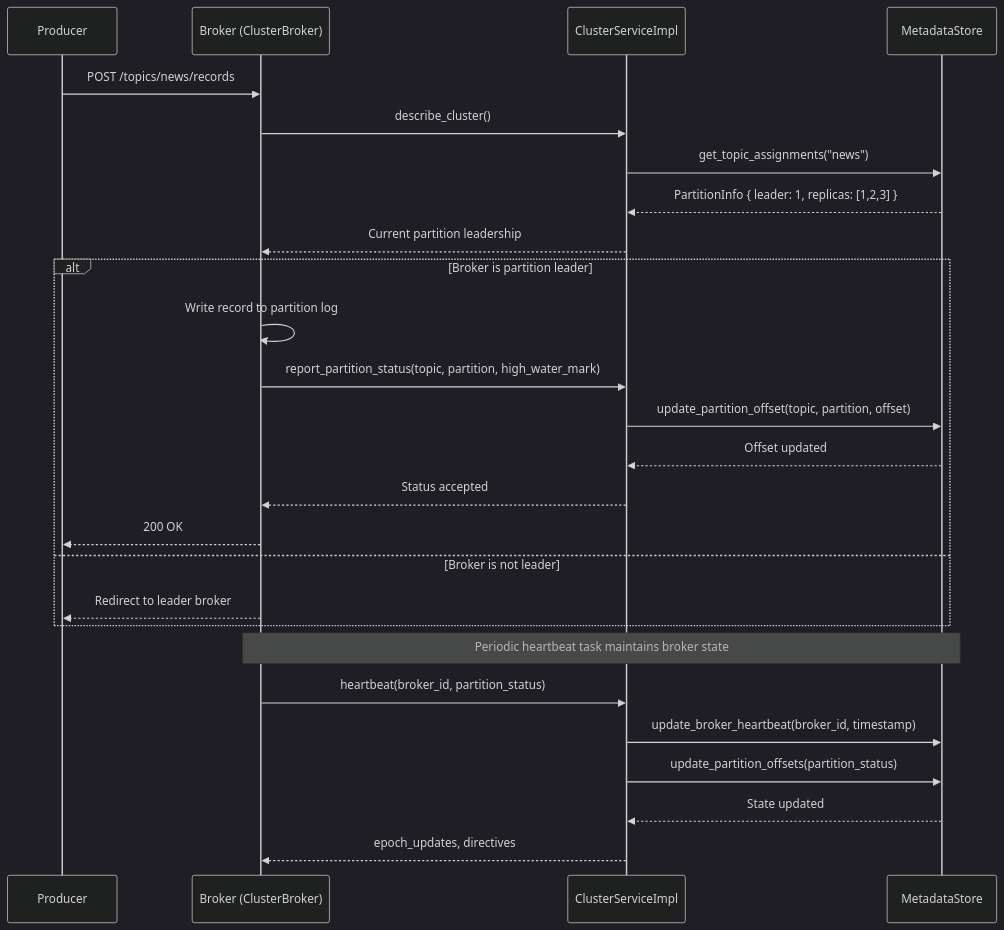
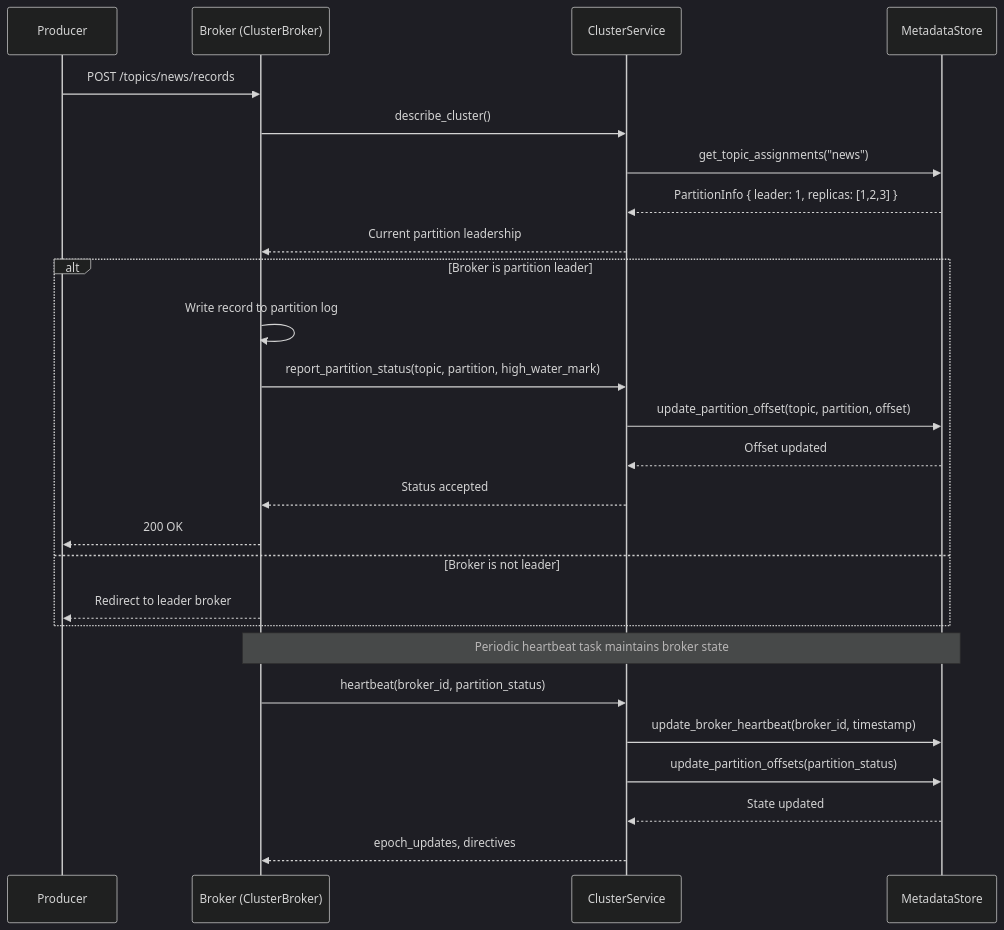
One commit to harshitmahapatra/flashq changed the second of 4 diagrams in crates/flashq-cluster/README.md. Above: the diagram before and after it, drawn with Mermaid (dark theme). The commit also changed other lines of this file and 2 other files, not shown here.

First line of the commit message:
Use ClusterService trait instead of concrete type in flashq-grpc

````diff
--- a/crates/flashq-cluster/README.md
+++ b/crates/flashq-cluster/README.md
@@ -72,31 +73,31 @@
 ```mermaid
 sequenceDiagram
     participant Producer as Producer
     participant Broker as Broker (ClusterBroker)
-    participant CSI as ClusterServiceImpl
+    participant CS as ClusterService
     participant MS as MetadataStore
 
     Producer->>Broker: POST /topics/news/records
-    Broker->>CSI: describe_cluster()
-    CSI->>MS: get_topic_assignments("news")
-    MS-->>CSI: PartitionInfo { leader: 1, replicas: [1,2,3] }
-    CSI-->>Broker: Current partition leadership
+    Broker->>CS: describe_cluster()
+    CS->>MS: get_topic_assignments("news")
+    MS-->>CS: PartitionInfo { leader: 1, replicas: [1,2,3] }
+    CS-->>Broker: Current partition leadership
 
     alt Broker is partition leader
         Broker->>Broker: Write record to partition log
-        Broker->>CSI: report_partition_status(topic, partition, high_water_mark)
-        CSI->>MS: update_partition_offset(topic, partition, offset)
-        MS-->>CSI: Offset updated
-        CSI-->>Broker: Status accepted
+        Broker->>CS: report_partition_status(topic, partition, high_water_mark)
+        CS->>MS: update_partition_offset(topic, partition, offset)
+        MS-->>CS: Offset updated
+        CS-->>Broker: Status accepted
         Broker-->>Producer: 200 OK
     else Broker is not leader
         Broker-->>Producer: Redirect to leader broker
     end
 
     Note over Broker,MS: Periodic heartbeat task maintains broker state
-    Broker->>CSI: heartbeat(broker_id, partition_status)
-    CSI->>MS: update_broker_heartbeat(broker_id, timestamp)
-    CSI->>MS: update_partition_offsets(partition_status)
-    MS-->>CSI: State updated
-    CSI-->>Broker: epoch_updates, directives
+    Broker->>CS: heartbeat(broker_id, partition_status)
+    CS->>MS: update_broker_heartbeat(broker_id, timestamp)
+    CS->>MS: update_partition_offsets(partition_status)
+    MS-->>CS: State updated
+    CS-->>Broker: epoch_updates, directives
 ```
````
